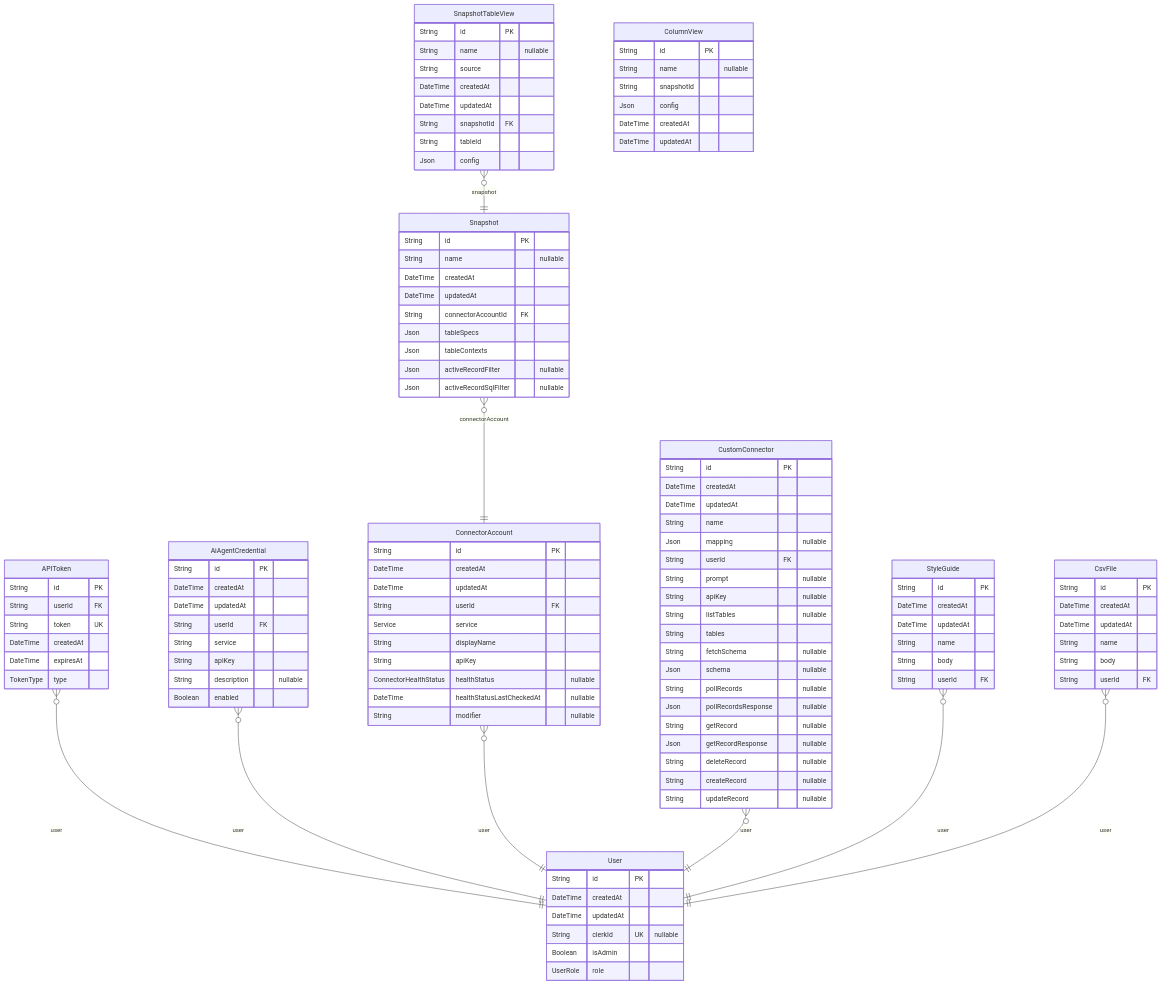
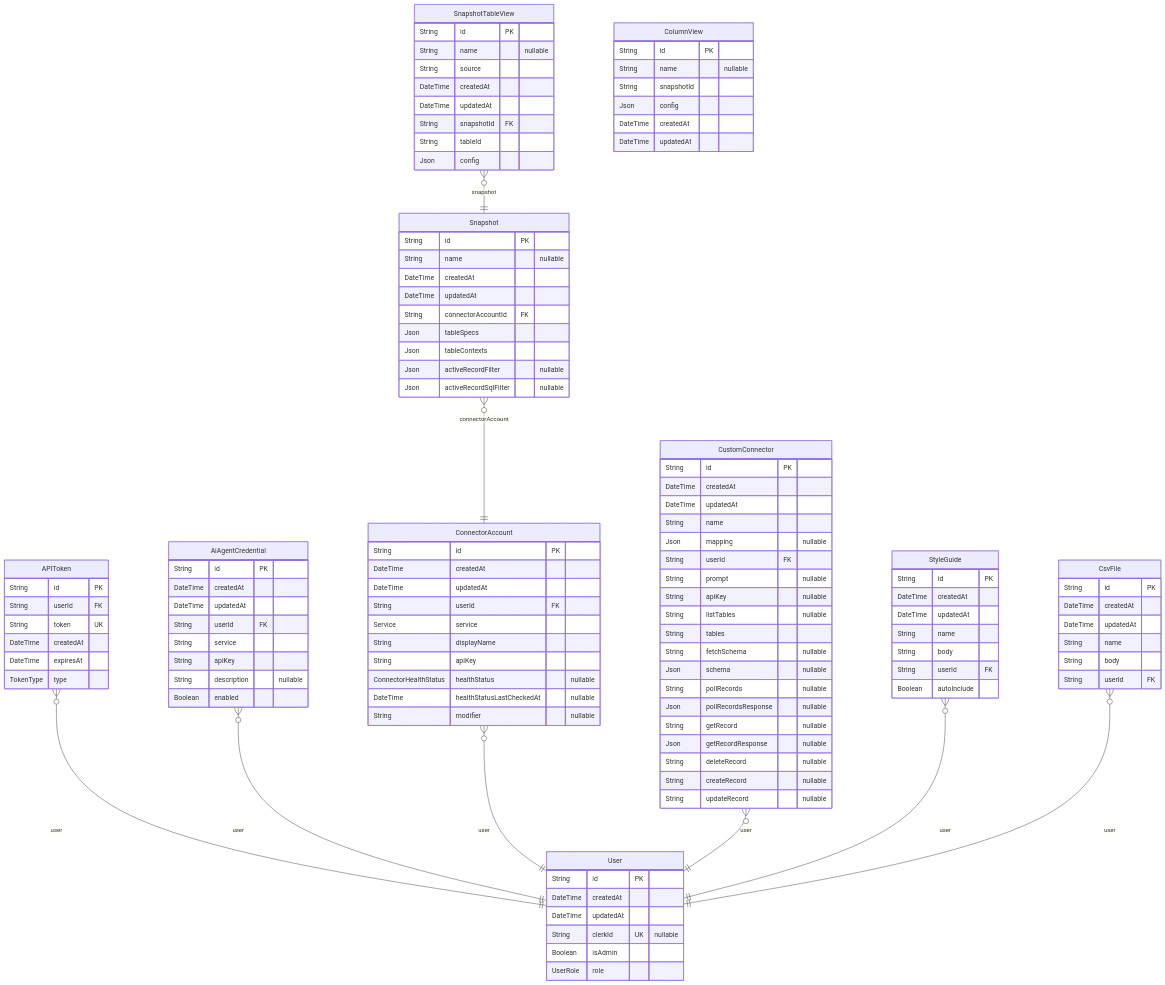
One commit to whalesync/scratch-cli changed the diagram in server/prisma/ERD.md. Above: the diagram before and after it, drawn with Mermaid. The commit also changed other lines of this file and 9 other files, not shown here.

```diff
--- a/server/prisma/ERD.md
+++ b/server/prisma/ERD.md
@@ -95,6 +95,7 @@
   String name
   String body
   String userId FK
+  Boolean autoInclude
 }
 "CsvFile" {
   String id PK
```
